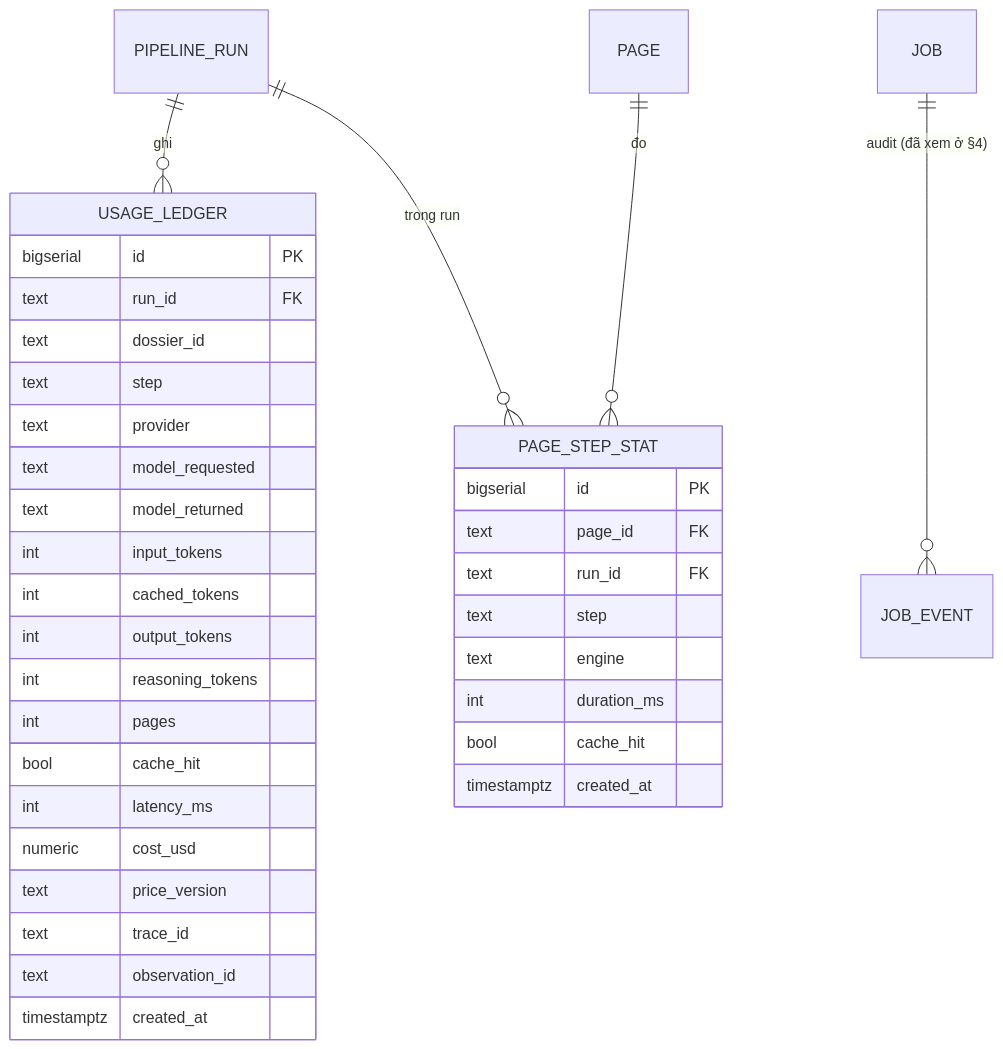
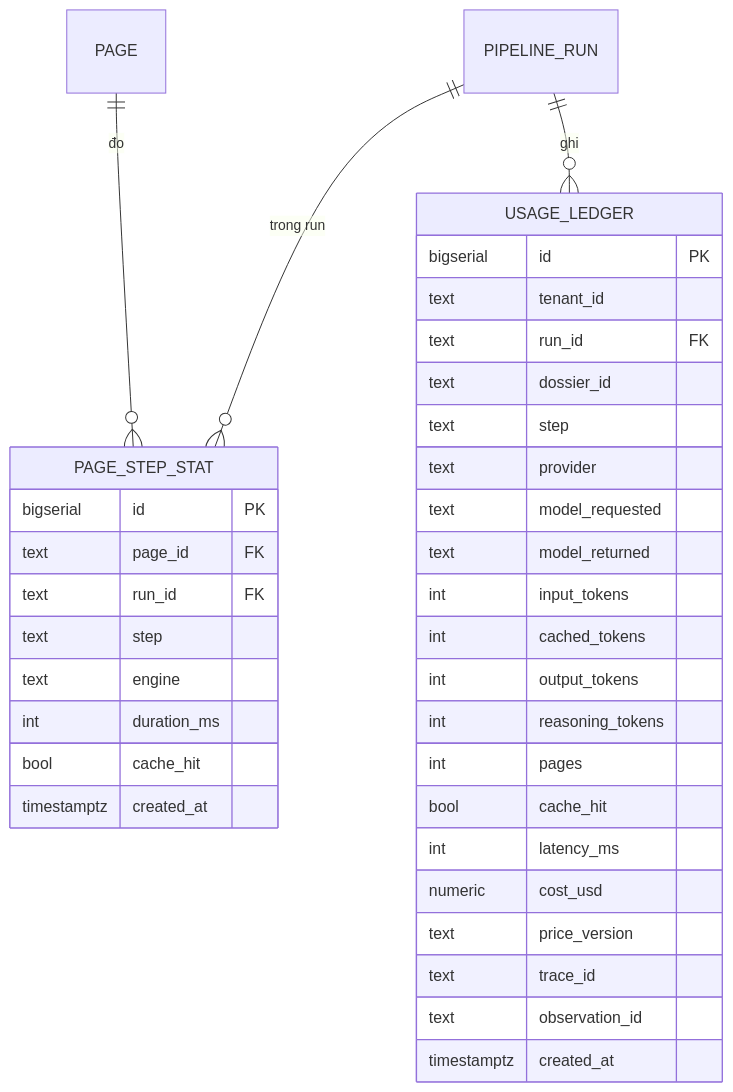
Before and after one commit to AI20K-VGR/contract-intelligence-core: the ninth of 10 diagrams in docs/DOC-04c-database-erd.md, drawn with Mermaid. The commit also changed other lines of this file and 5 other files, not shown here.

First line of the commit message:
docs: sync architecture, schema, api spec, and fe-be contract with semver

````diff
--- a/docs/DOC-04c-database-erd.md
+++ b/docs/DOC-04c-database-erd.md
@@ -1012,39 +936,39 @@
 ```mermaid
 erDiagram
-    PIPELINE_RUN ||--o{ USAGE_LEDGER : "ghi"
     PAGE ||--o{ PAGE_STEP_STAT : "đo"
     PIPELINE_RUN ||--o{ PAGE_STEP_STAT : "trong run"
-    JOB ||--o{ JOB_EVENT : "audit (đã xem ở §4)"
+    PIPELINE_RUN ||--o{ USAGE_LEDGER : "ghi"
 
     PAGE_STEP_STAT {
         bigserial id PK
         text page_id FK
         text run_id FK
         text step
         text engine
         int duration_ms
         bool cache_hit
         timestamptz created_at
     }
     USAGE_LEDGER {
         bigserial id PK
+        text tenant_id
         text run_id FK
         text dossier_id
         text step
         text provider
         text model_requested
         text model_returned
         int input_tokens
         int cached_tokens
         int output_tokens
         int reasoning_tokens
         int pages
         bool cache_hit
         int latency_ms
         numeric cost_usd
         text price_version
         text trace_id
         text observation_id
         timestamptz created_at
     }
 ```
````
